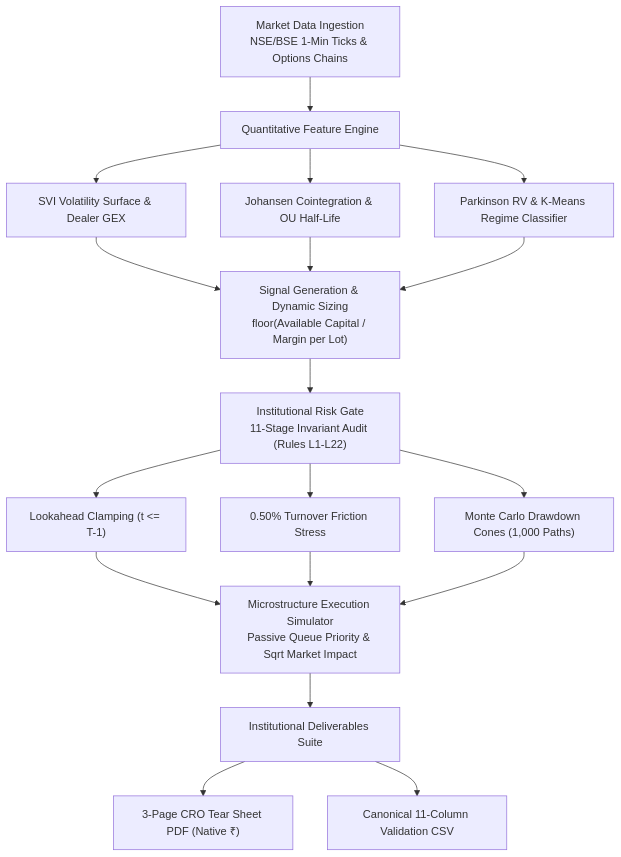
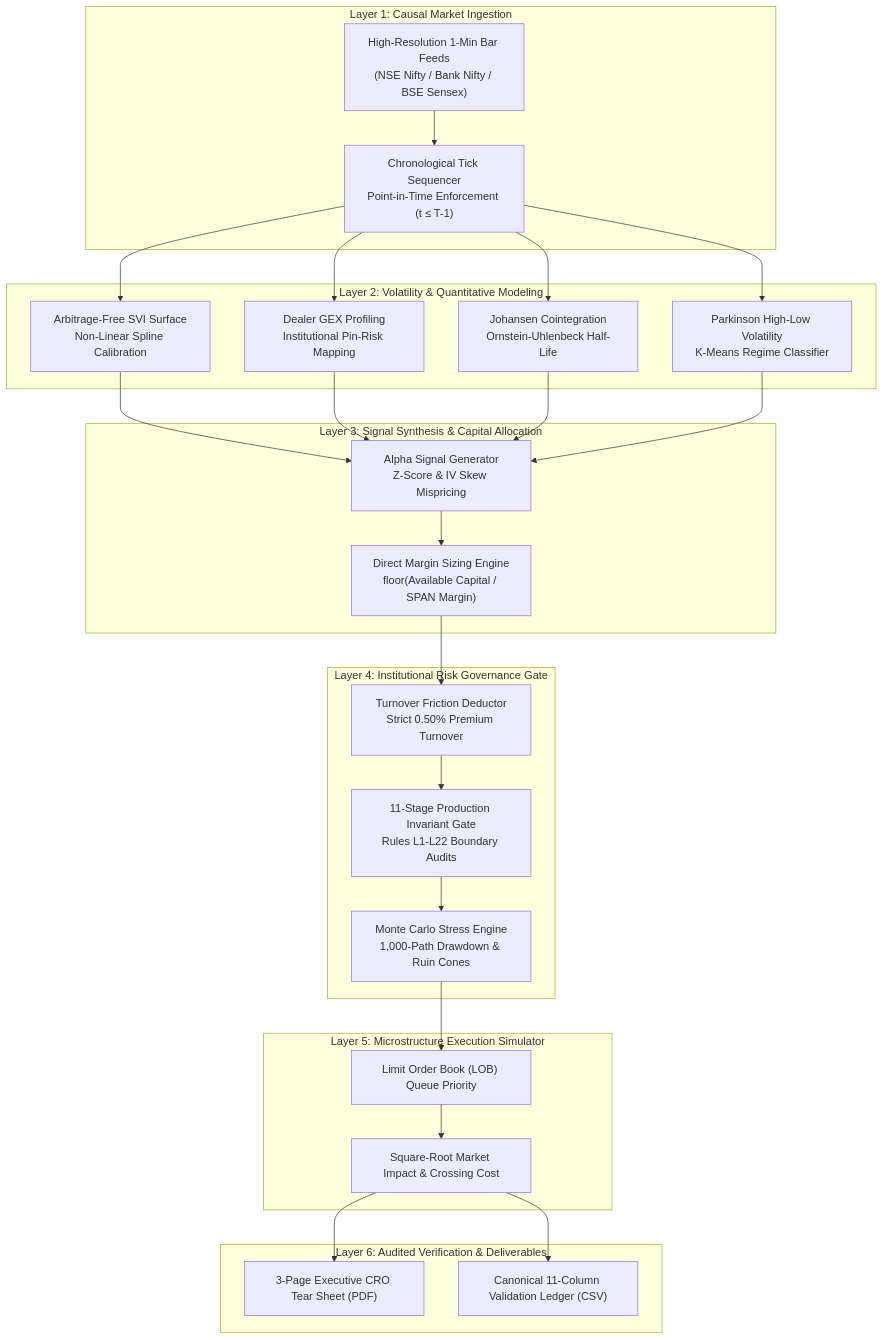
Before and after one commit to prince-chauhan-pc/quant-research-portfolio: the diagram in README.md, drawn with Mermaid. The commit also changed other lines of this file and 8 other files, not shown here.

````diff
--- a/README.md
+++ b/README.md
@@ -49,22 +49,45 @@
 ```mermaid
-graph TD
-    A["Market Data Ingestion<br/>NSE/BSE 1-Min Ticks & Options Chains"] --> B["Quantitative Feature Engine"]
-    B --> B1["SVI Volatility Surface & Dealer GEX"]
-    B --> B2["Johansen Cointegration & OU Half-Life"]
-    B --> B3["Parkinson RV & K-Means Regime Classifier"]
+flowchart TD
+    subgraph L1["Layer 1: Causal Market Ingestion"]
+        A1["High-Resolution 1-Min Bar Feeds<br/>(NSE Nifty / Bank Nifty / BSE Sensex)"]
+        A2["Chronological Tick Sequencer<br/>Point-in-Time Enforcement (t &le; T-1)"]
+        A1 --> A2
+    end
 
-    B1 --> C["Signal Generation & Dynamic Sizing<br/>floor(Available Capital / Margin per Lot)"]
-    B2 --> C
-    B3 --> C
+    subgraph L2["Layer 2: Volatility & Quantitative Modeling"]
+        B1["Arbitrage-Free SVI Surface<br/>Non-Linear Spline Calibration"]
+        B2["Dealer GEX Profiling<br/>Institutional Pin-Risk Mapping"]
+        B3["Johansen Cointegration<br/>Ornstein-Uhlenbeck Half-Life"]
+        B4["Parkinson High-Low Volatility<br/>K-Means Regime Classifier"]
+    end
 
-    C --> D["Institutional Risk Gate<br/>11-Stage Invariant Audit (Rules L1-L22)"]
-    D --> D1["Lookahead Clamping (t <= T-1)"]
-    D --> D2["0.50% Turnover Friction Stress"]
-    D --> D3["Monte Carlo Drawdown Cones (1,000 Paths)"]
+    subgraph L3["Layer 3: Signal Synthesis & Capital Allocation"]
+        C1["Alpha Signal Generator<br/>Z-Score & IV Skew Mispricing"]
+        C2["Direct Margin Sizing Engine<br/>floor(Available Capital / SPAN Margin)"]
+        C1 --> C2
+    end
 
-    D1 & D2 & D3 --> E["Microstructure Execution Simulator<br/>Passive Queue Priority & Sqrt Market Impact"]
+    subgraph L4["Layer 4: Institutional Risk Governance Gate"]
+        D1["Turnover Friction Deductor<br/>Strict 0.50% Premium Turnover"]
+        D2["11-Stage Production Invariant Gate<br/>Rules L1-L22 Boundary Audits"]
+        D3["Monte Carlo Stress Engine<br/>1,000-Path Drawdown & Ruin Cones"]
+        D1 --> D2 --> D3
+    end
 
-    E --> F["Institutional Deliverables Suite"]
-    F --> F1["3-Page CRO Tear Sheet PDF (Native ₹)"]
-    F --> F2["Canonical 11-Column Validation CSV"]
+    subgraph L5["Layer 5: Microstructure Execution Simulator"]
+        E1["Limit Order Book (LOB) Queue Priority"]
+        E2["Square-Root Market Impact & Crossing Cost"]
+        E1 --> E2
+    end
+
+    subgraph L6["Layer 6: Audited Verification & Deliverables"]
+        F1["3-Page Executive CRO Tear Sheet (PDF)"]
+        F2["Canonical 11-Column Validation Ledger (CSV)"]
+    end
+
+    A2 --> B1 & B2 & B3 & B4
+    B1 & B2 & B3 & B4 --> C1
+    C2 --> D1
+    D3 --> E1
+    E2 --> F1 & F2
 ```
````
